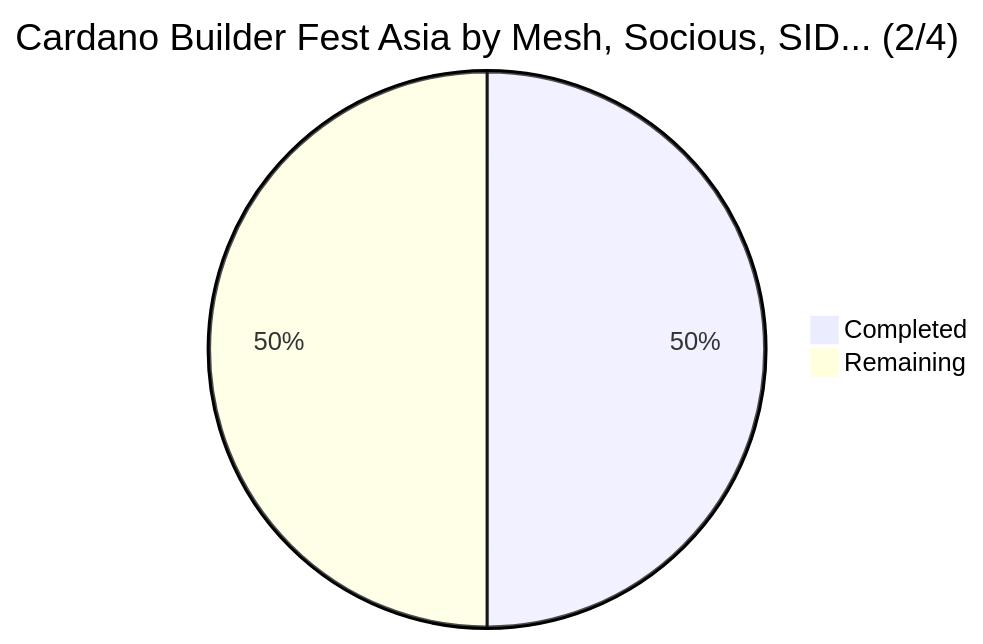
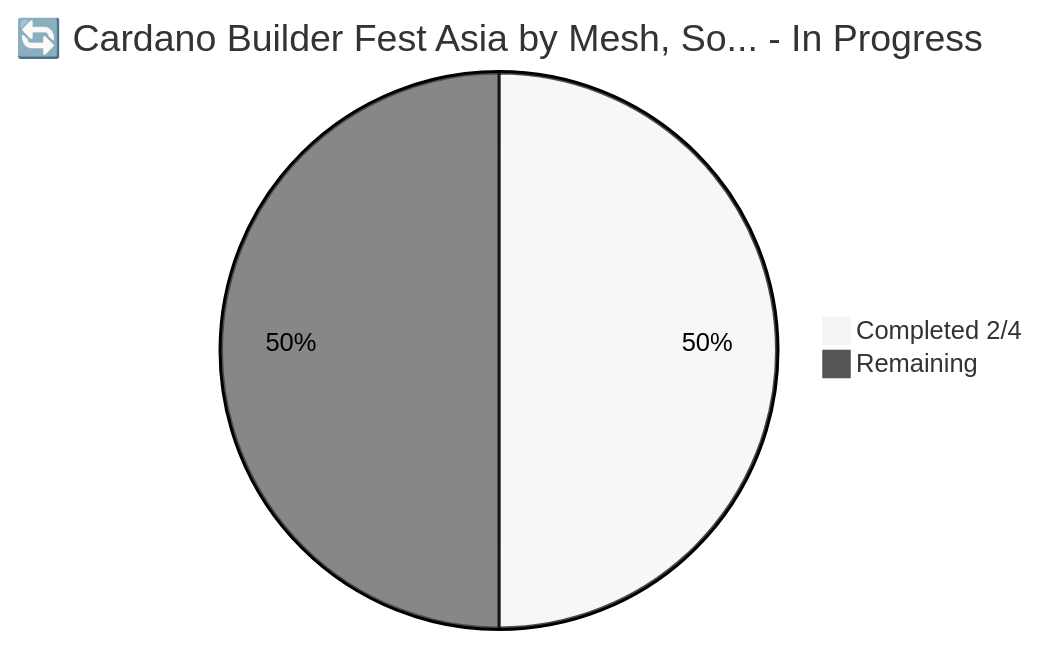
The sixth of 10 diagrams in README.md (Andre-Diamond/test), drawn with Mermaid before and after one commit. The commit also changed other lines of this file, not shown here.

Commit message:
Update MeshJS Catalyst Projects README

````diff
--- a/README.md
+++ b/README.md
@@ -153,5 +195,7 @@
 ```mermaid
-pie title Cardano Builder Fest Asia by Mesh, Socious, SID... (2/4)
-    "Completed" : 2
+%%{init: {'theme':'neutral'}}%%
+pie
+    title 🔄 Cardano Builder Fest Asia by Mesh, So... - In Progress
+    "Completed 2/4" : 2
     "Remaining" : 2
 ```
````
